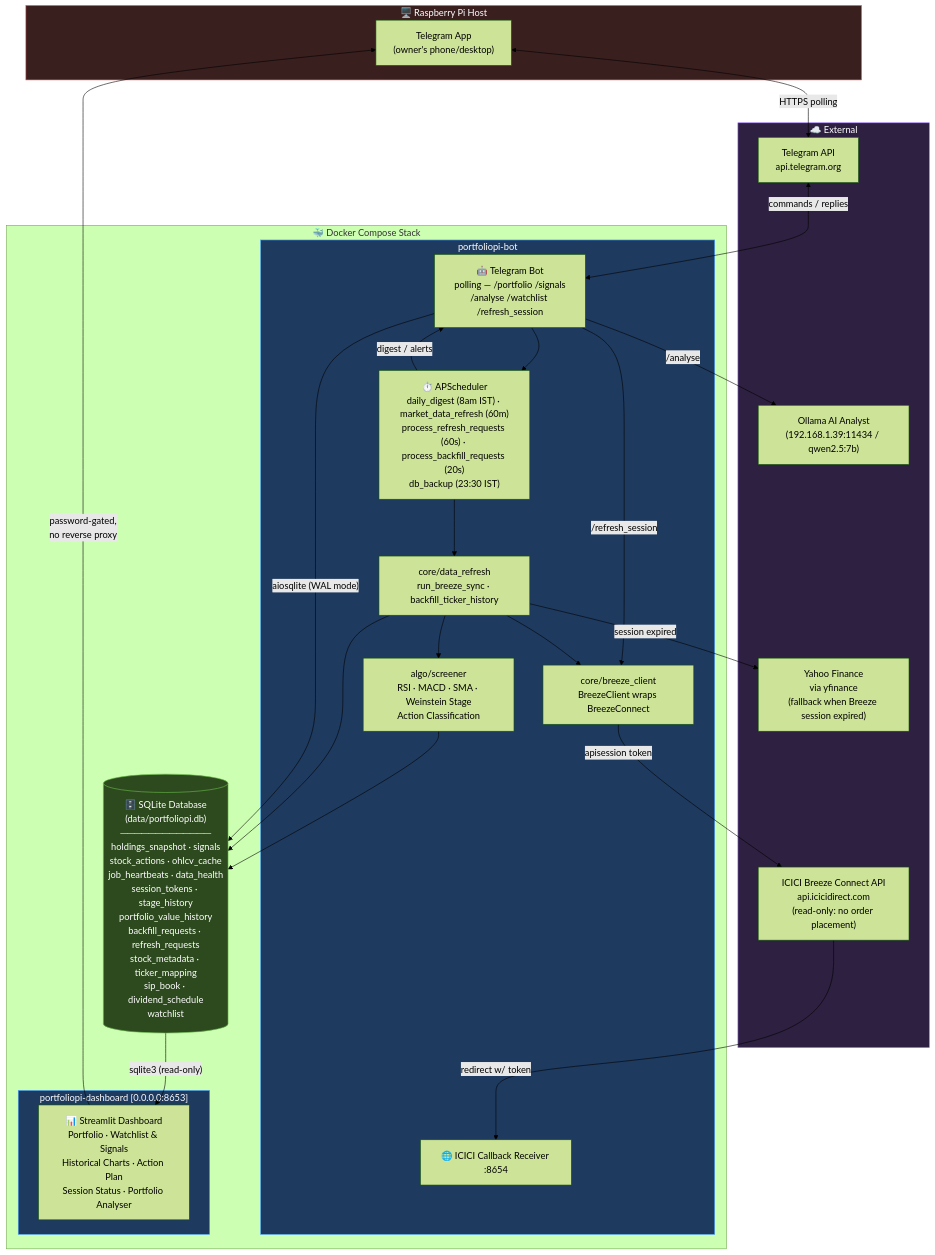
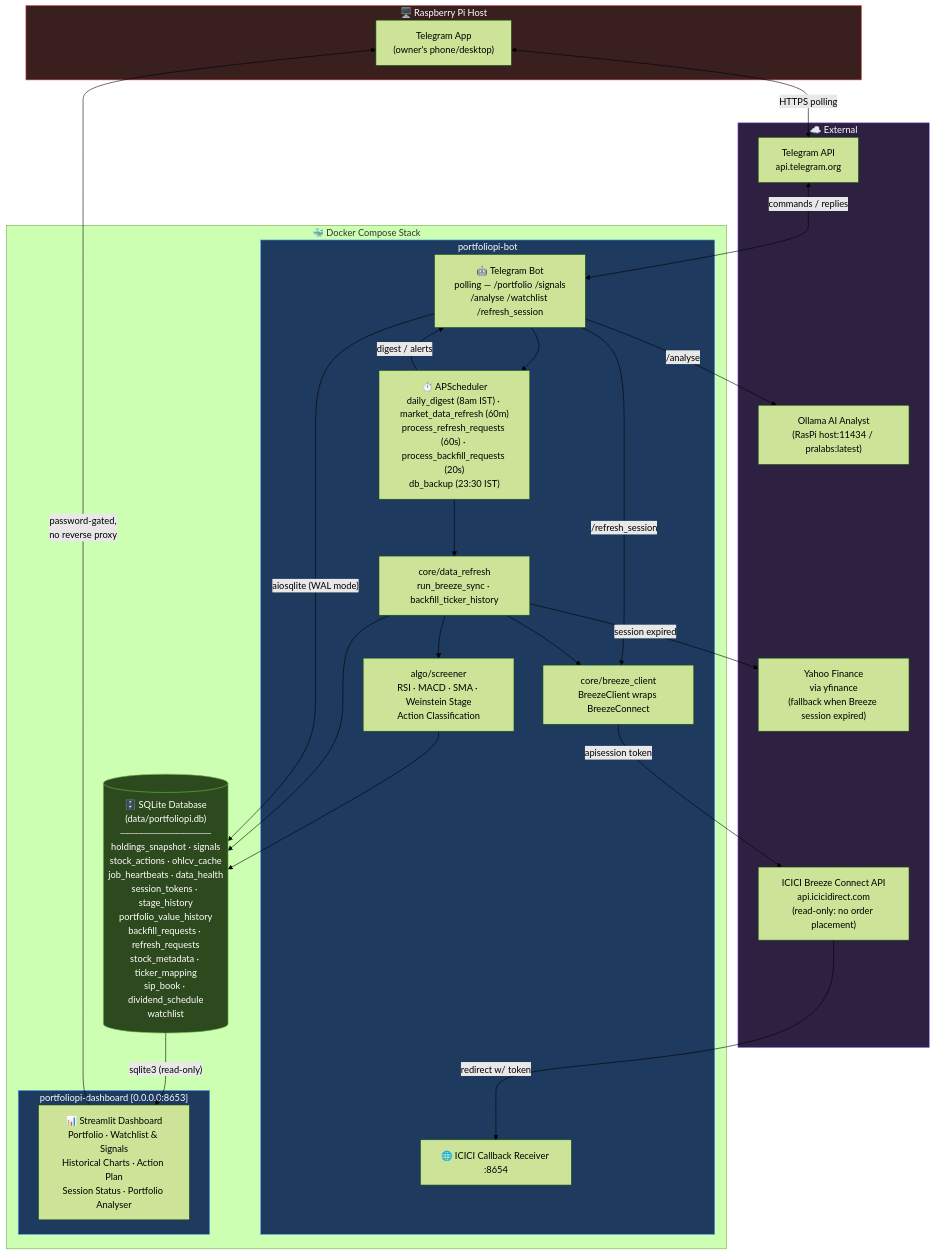
One commit to AbhiPra24/PortfolioPi changed the diagram in README.md. Above: the diagram before and after it, drawn with Mermaid (forest theme). The commit also changed 14 other files, not shown here.

````diff
--- a/README.md
+++ b/README.md
@@ -7,65 +7,65 @@
 ```mermaid
 flowchart TD
     subgraph HOST["🖥️ Raspberry Pi Host"]
         USER["Telegram App\n(owner's phone/desktop)"]
     end
 
     subgraph DOCKER["🐳 Docker Compose Stack"]
 
         subgraph BOT["portfoliopi-bot"]
             TGBOT["🤖 Telegram Bot\npolling — /portfolio /signals\n/analyse /watchlist /refresh_session"]
             SCHED["⏱️ APScheduler\ndaily_digest (8am IST) · market_data_refresh (60m)\nprocess_refresh_requests (60s) · process_backfill_requests (20s)\ndb_backup (23:30 IST)"]
             BREEZE["core/breeze_client\nBreezeClient wraps BreezeConnect"]
             REFRESH["core/data_refresh\nrun_breeze_sync · backfill_ticker_history"]
             ALGO["algo/screener\nRSI · MACD · SMA · Weinstein Stage\nAction Classification"]
             CALLBACK["🌐 ICICI Callback Receiver :8654"]
         end
 
         subgraph DASH["portfoliopi-dashboard  [0.0.0.0:8653]"]
             STREAMLIT["📊 Streamlit Dashboard\nPortfolio · Watchlist & Signals\nHistorical Charts · Action Plan\nSession Status · Portfolio Analyser"]
         end
 
         DB[("🗄️ SQLite Database\n(data/portfoliopi.db)\n─────────────\nholdings_snapshot · signals\nstock_actions · ohlcv_cache\njob_heartbeats · data_health\nsession_tokens · stage_history\nportfolio_value_history\nbackfill_requests · refresh_requests\nstock_metadata · ticker_mapping\nsip_book · dividend_schedule\nwatchlist")]
     end
 
     subgraph EXTERNAL["☁️ External"]
         TG["Telegram API\napi.telegram.org"]
         BREEZEAPI["ICICI Breeze Connect API\napi.icicidirect.com\n(read-only: no order placement)"]
         YF["Yahoo Finance\nvia yfinance\n(fallback when Breeze session expired)"]
-        OLLAMA["Ollama AI Analyst\n(192.168.1.39:11434 / qwen2.5:7b)"]
+        OLLAMA["Ollama AI Analyst\n(RasPi host:11434 / pralabs:latest)"]
     end
 
     %% User interaction
     USER <-->|"HTTPS polling"| TG
     TG <-->|"commands / replies"| TGBOT
 
     %% Bot internals
     TGBOT --> SCHED
     TGBOT -->|"/refresh_session <token>"| BREEZE
     TGBOT -->|"/analyse <ticker>"| OLLAMA
     SCHED --> REFRESH
     REFRESH --> BREEZE
     REFRESH -->|"session expired"| YF
     REFRESH --> ALGO
     ALGO --> DB
     REFRESH --> DB
     SCHED -->|"digest / alerts"| TGBOT
     BREEZE -->|"apisession token"| BREEZEAPI
     BREEZEAPI -->|"redirect w/ token"| CALLBACK
 
     %% Dashboard
     DB -->|"sqlite3 (read-only)"| STREAMLIT
     STREAMLIT -->|"password-gated,\nno reverse proxy"| USER
 
     %% Bot DB access
     TGBOT -->|"aiosqlite (WAL mode)"| DB
 
     classDef container fill:#1e3a5f,stroke:#4a9eff,color:#fff
     classDef db fill:#2d4a1e,stroke:#6abf4b,color:#fff
     classDef host fill:#3a1f1f,stroke:#cc4444,color:#fff
     classDef external fill:#2d2040,stroke:#9b6eff,color:#fff
     class BOT,DASH container
     class DB db
     class HOST host
     class EXTERNAL external
 ```
````
